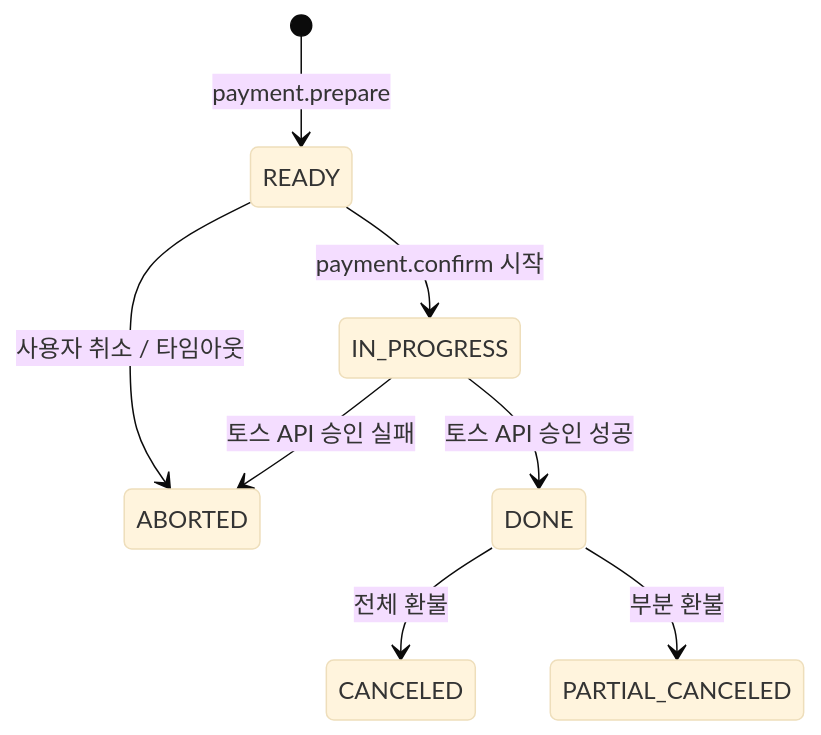
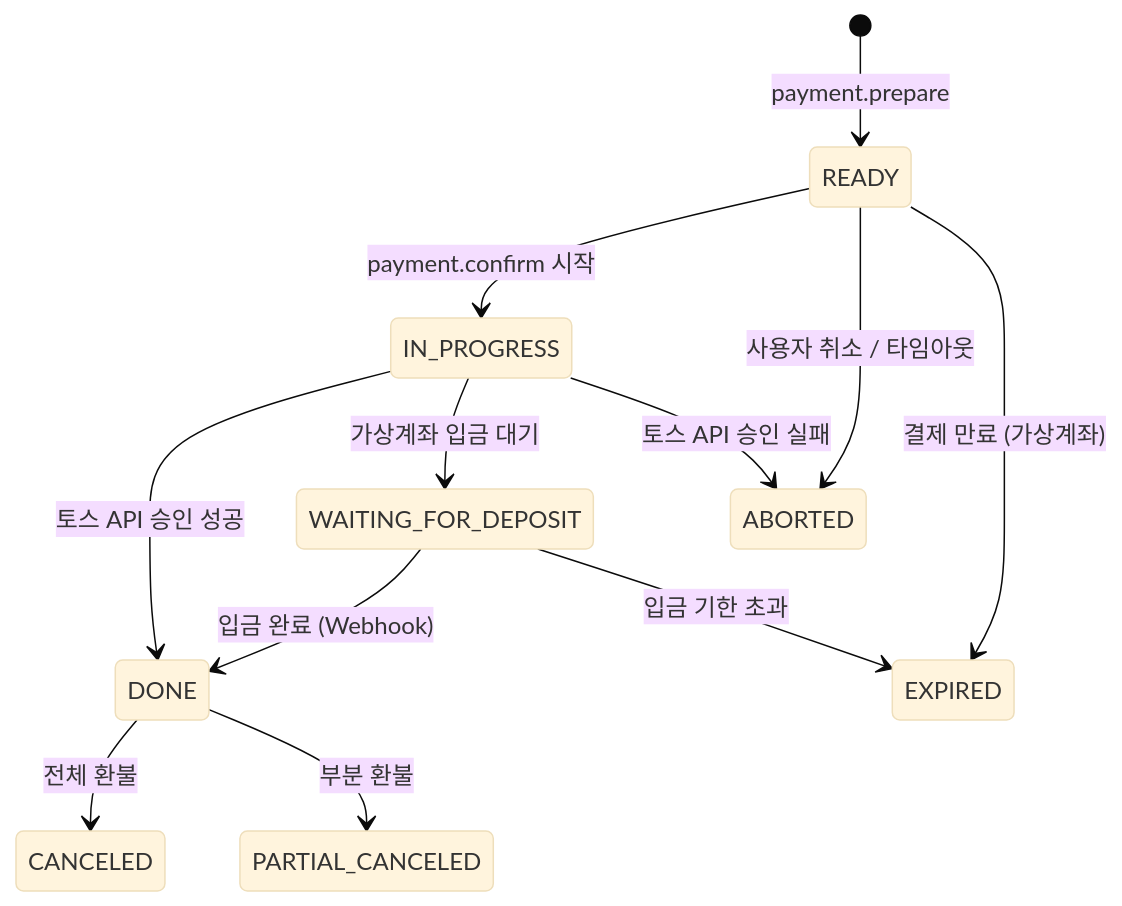
One commit to uniyous/parkgolf-platform changed the fifth of 12 diagrams in docs/BOOKING_WORKFLOW.md. Above: the diagram before and after it, drawn with Mermaid (base theme). The commit also changed other lines of this file and 18 other files, not shown here.

````diff
--- a/docs/BOOKING_WORKFLOW.md
+++ b/docs/BOOKING_WORKFLOW.md
@@ -222,13 +228,18 @@
 ```mermaid
 stateDiagram-v2
     [*] --> READY: payment.prepare
 
     READY --> IN_PROGRESS: payment.confirm 시작
     READY --> ABORTED: 사용자 취소 / 타임아웃
+    READY --> EXPIRED: 결제 만료 (가상계좌)
 
     IN_PROGRESS --> DONE: 토스 API 승인 성공
+    IN_PROGRESS --> WAITING_FOR_DEPOSIT: 가상계좌 입금 대기
     IN_PROGRESS --> ABORTED: 토스 API 승인 실패
+
+    WAITING_FOR_DEPOSIT --> DONE: 입금 완료 (Webhook)
+    WAITING_FOR_DEPOSIT --> EXPIRED: 입금 기한 초과
 
     DONE --> CANCELED: 전체 환불
     DONE --> PARTIAL_CANCELED: 부분 환불
 ```
````
